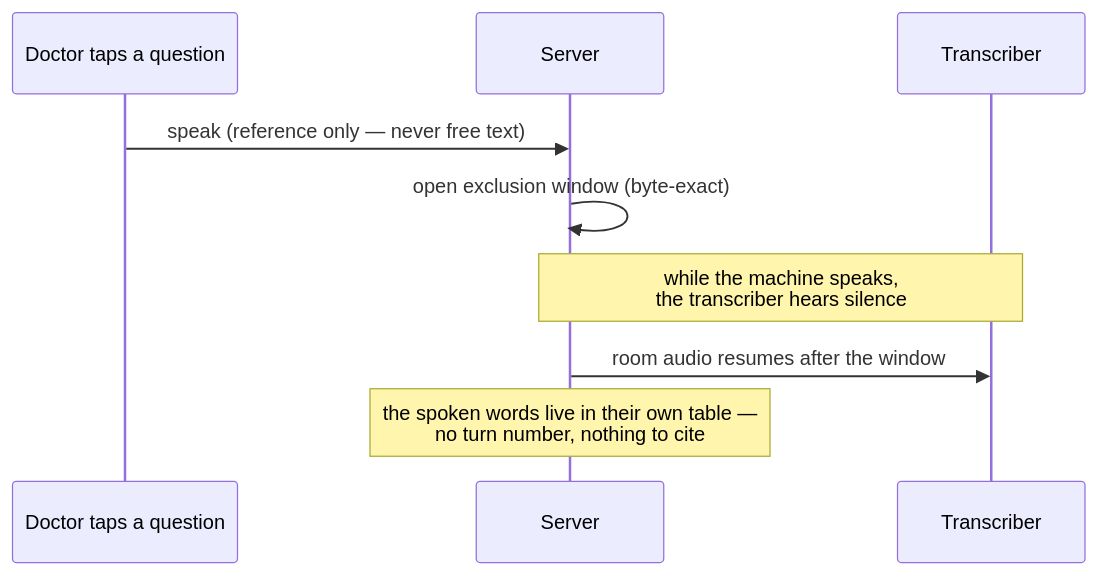
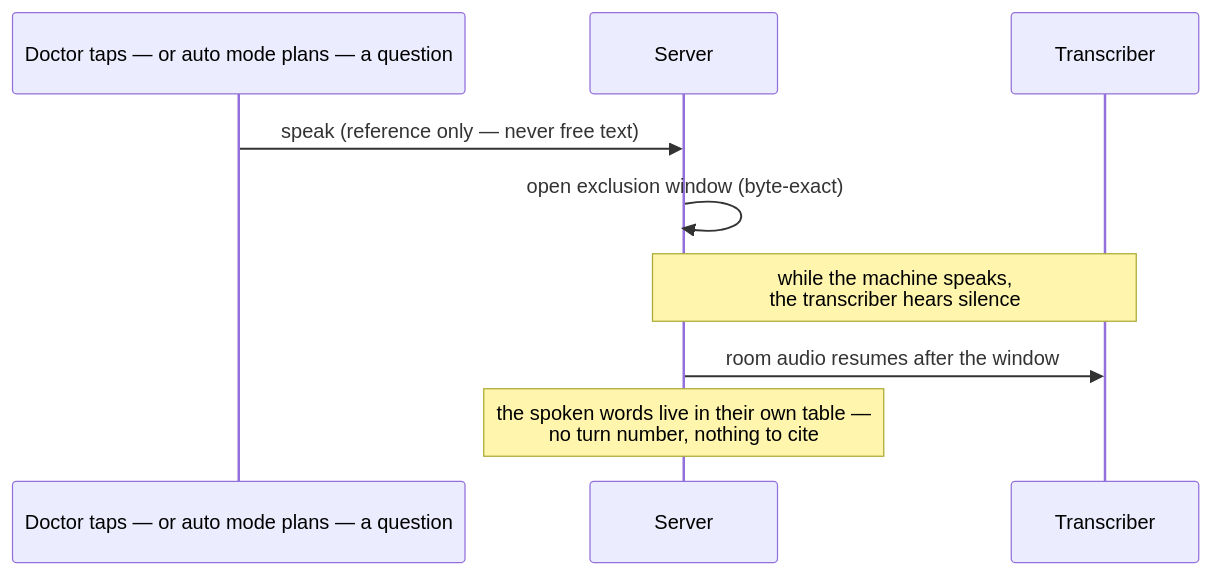
One commit to IndyWH/OpenConsult changed the third of 4 diagrams in help/01-a-consultations-journey.md. Above: the diagram before and after it, drawn with Mermaid. The commit also changed other lines of this file and 2 other files, not shown here.

````diff
--- a/help/01-a-consultations-journey.md
+++ b/help/01-a-consultations-journey.md
@@ -68,11 +70,11 @@
 ```mermaid
 sequenceDiagram
-    participant D as Doctor taps a question
+    participant D as Doctor taps — or auto mode plans — a question
     participant S as Server
     participant T as Transcriber
     D->>S: speak (reference only — never free text)
     S->>S: open exclusion window (byte-exact)
     Note over S,T: while the machine speaks,<br/>the transcriber hears silence
     S->>T: room audio resumes after the window
     Note over S: the spoken words live in their own table —<br/>no turn number, nothing to cite
 ```
````
